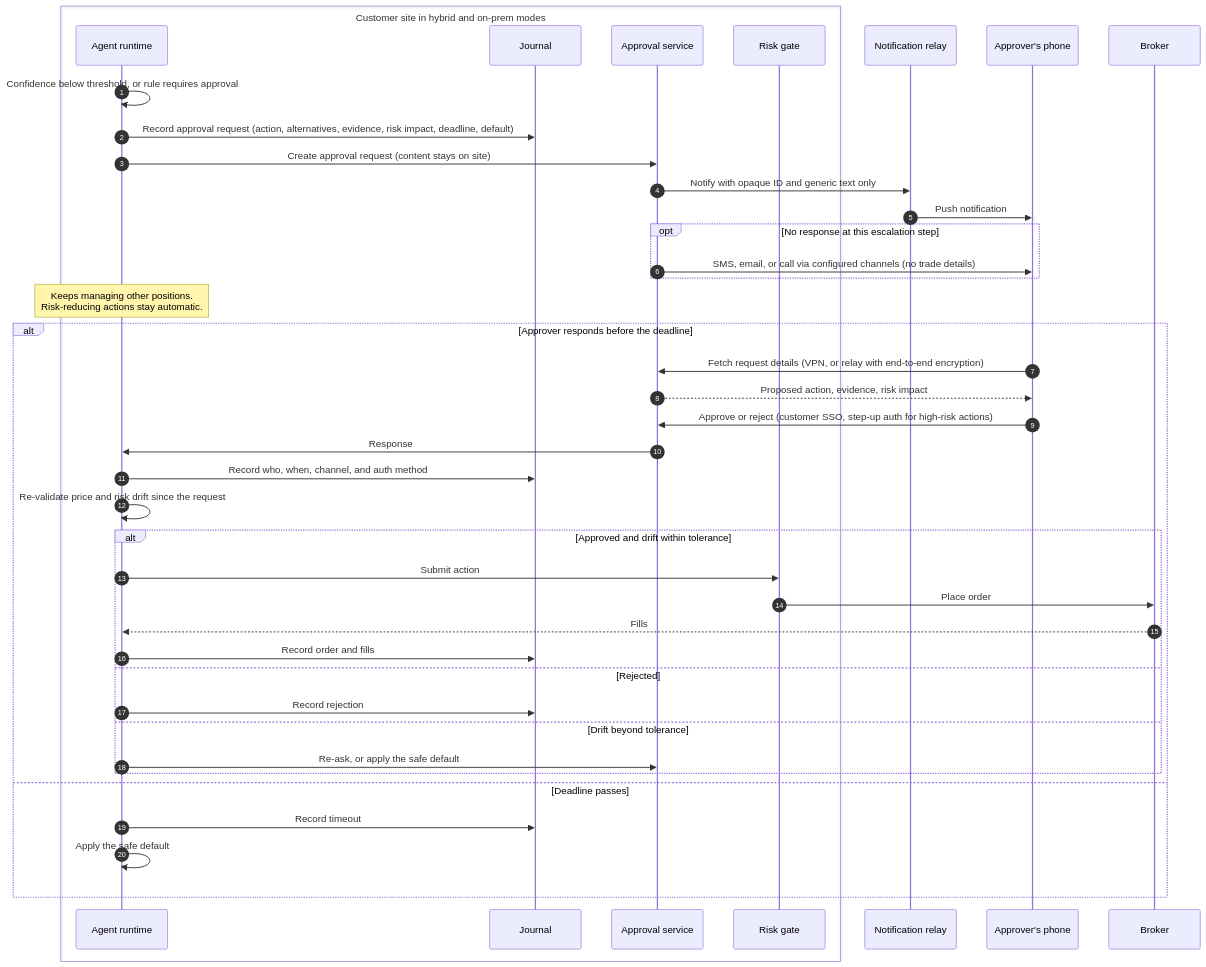
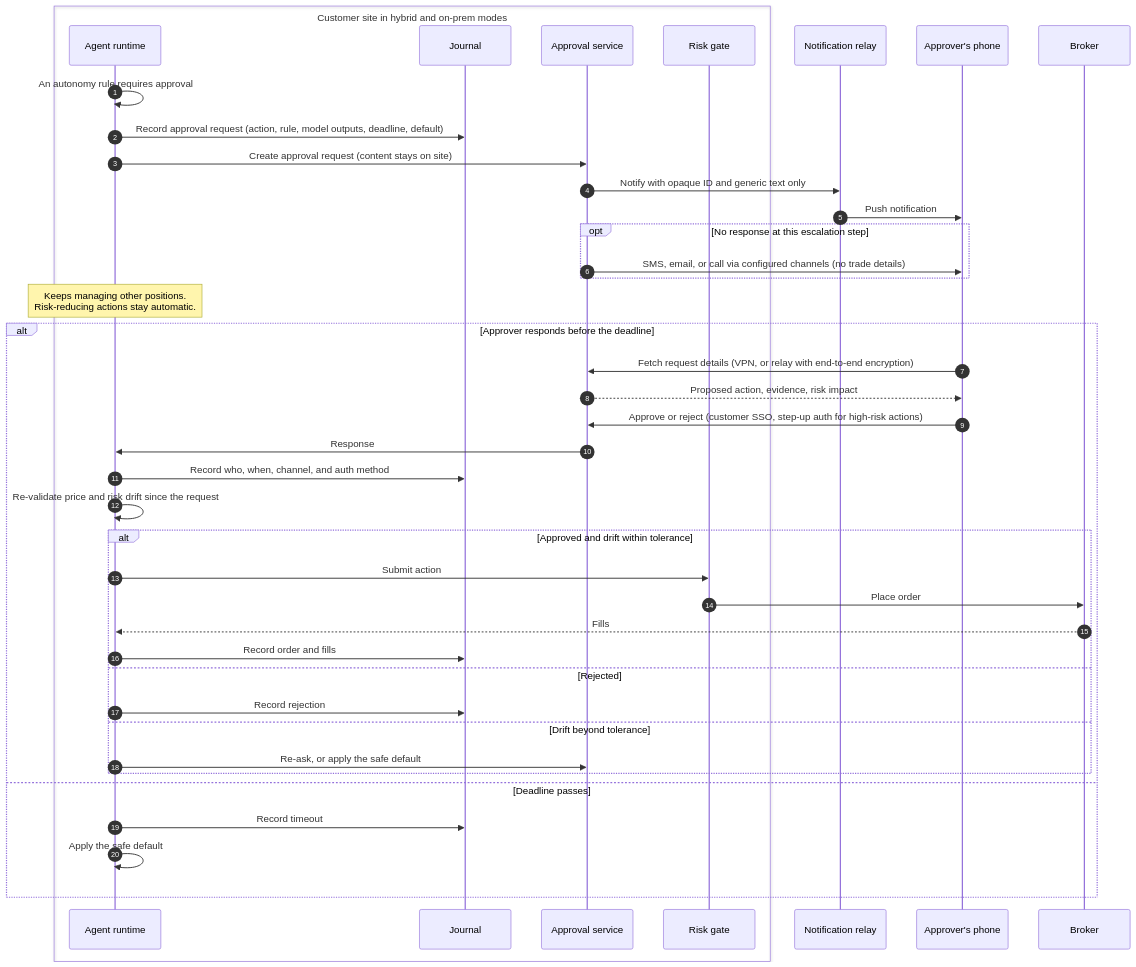
The ninth of 10 diagrams in docs/HLD.md (kunwarshivam/mandate), drawn with Mermaid before and after one commit. The commit also changed other lines of this file and 18 other files, not shown here.

````diff
--- a/docs/HLD.md
+++ b/docs/HLD.md
@@ -489,44 +500,44 @@
 ```mermaid
 sequenceDiagram
     autonumber
     box Customer site in hybrid and on-prem modes
         participant A as Agent runtime
         participant J as Journal
         participant S as Approval service
         participant R as Risk gate
     end
     participant L as Notification relay
     participant U as Approver's phone
     participant B as Broker
 
-    A->>A: Confidence below threshold, or rule requires approval
-    A->>J: Record approval request (action, alternatives, evidence, risk impact, deadline, default)
+    A->>A: An autonomy rule requires approval
+    A->>J: Record approval request (action, rule, model outputs, deadline, default)
     A->>S: Create approval request (content stays on site)
     S->>L: Notify with opaque ID and generic text only
     L->>U: Push notification
     opt No response at this escalation step
         S->>U: SMS, email, or call via configured channels (no trade details)
     end
     Note over A: Keeps managing other positions.<br/>Risk-reducing actions stay automatic.
     alt Approver responds before the deadline
         U->>S: Fetch request details (VPN, or relay with end-to-end encryption)
         S-->>U: Proposed action, evidence, risk impact
         U->>S: Approve or reject (customer SSO, step-up auth for high-risk actions)
         S->>A: Response
         A->>J: Record who, when, channel, and auth method
         A->>A: Re-validate price and risk drift since the request
         alt Approved and drift within tolerance
             A->>R: Submit action
             R->>B: Place order
             B-->>A: Fills
             A->>J: Record order and fills
         else Rejected
             A->>J: Record rejection
         else Drift beyond tolerance
             A->>S: Re-ask, or apply the safe default
         end
     else Deadline passes
         A->>J: Record timeout
         A->>A: Apply the safe default
     end
 ```
````
